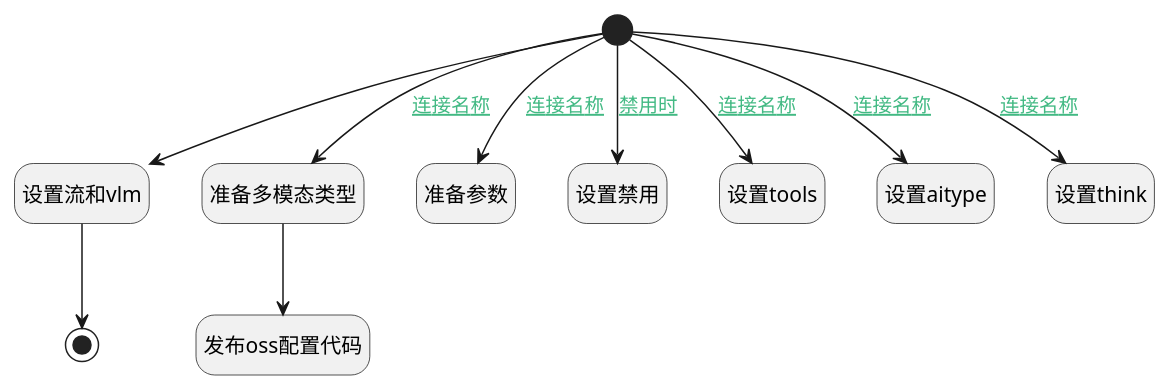
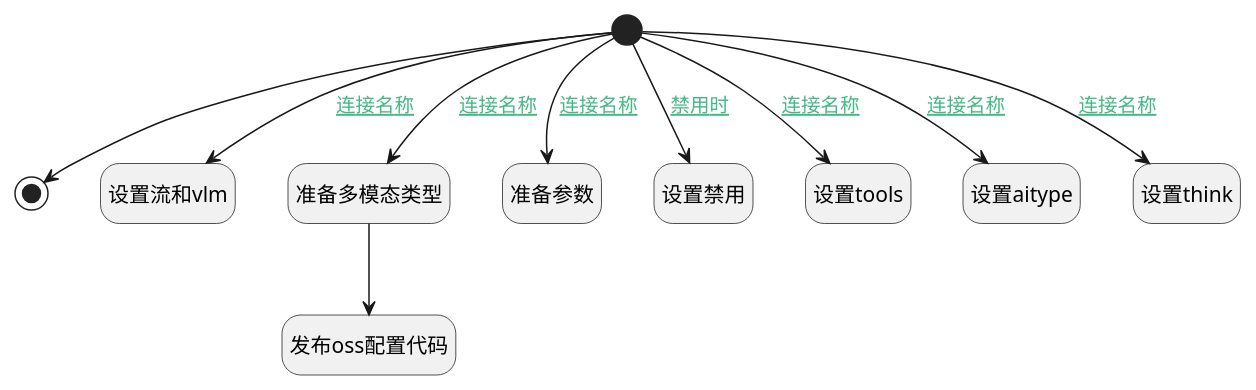
One commit to iBizLab/plm changed the diagram in doc/docsify/module/ai/ai_model/logic/get_cloud_config.md. Above: the diagram before and after it, drawn with PlantUML. The commit also changed other lines of this file and 818 other files, not shown here.

````diff
--- a/doc/docsify/module/ai/ai_model/logic/get_cloud_config.md
+++ b/doc/docsify/module/ai/ai_model/logic/get_cloud_config.md
@@ -7,35 +7,35 @@
 ```plantuml
 @startuml
 hide empty description
 <style>
 root {
   HyperlinkColor #42b983
 }
 </style>
 
 hide empty description
 state "开始" as Begin <<start>> [[$./get_cloud_config#begin {"开始"}]]
+state "结束" as END_01 <<end>> [[$./get_cloud_config#end_01 {"结束"}]]
 state "设置流和vlm" as PREPAREPARAM_02  [[$./get_cloud_config#prepareparam_02 {"设置流和vlm"}]]
-state "结束" as END_01 <<end>> [[$./get_cloud_config#end_01 {"结束"}]]
 state "准备多模态类型" as PREPAREPARAM_07  [[$./get_cloud_config#prepareparam_07 {"准备多模态类型"}]]
 state "发布oss配置代码" as RAWSFCODE_01  [[$./get_cloud_config#rawsfcode_01 {"发布oss配置代码"}]]
 state "准备参数" as PREPAREPARAM_06  [[$./get_cloud_config#prepareparam_06 {"准备参数"}]]
 state "设置禁用" as PREPAREPARAM_01  [[$./get_cloud_config#prepareparam_01 {"设置禁用"}]]
 state "设置tools" as PREPAREPARAM_04  [[$./get_cloud_config#prepareparam_04 {"设置tools"}]]
 state "设置aitype" as PREPAREPARAM_05  [[$./get_cloud_config#prepareparam_05 {"设置aitype"}]]
 state "设置think" as PREPAREPARAM_03  [[$./get_cloud_config#prepareparam_03 {"设置think"}]]
 
 
 Begin --> PREPAREPARAM_03 : [[$./get_cloud_config#begin-prepareparam_03{连接名称} 连接名称]]
 Begin --> PREPAREPARAM_04 : [[$./get_cloud_config#begin-prepareparam_04{连接名称} 连接名称]]
 Begin --> PREPAREPARAM_05 : [[$./get_cloud_config#begin-prepareparam_05{连接名称} 连接名称]]
 Begin --> PREPAREPARAM_06 : [[$./get_cloud_config#begin-prepareparam_06{连接名称} 连接名称]]
 Begin --> PREPAREPARAM_07 : [[$./get_cloud_config#begin-prepareparam_07{连接名称} 连接名称]]
 PREPAREPARAM_07 --> RAWSFCODE_01
 Begin --> PREPAREPARAM_01 : [[$./get_cloud_config#begin-prepareparam_01{禁用时} 禁用时]]
-Begin --> PREPAREPARAM_02
-PREPAREPARAM_02 --> END_01
+Begin --> PREPAREPARAM_02 : [[$./get_cloud_config#begin-prepareparam_02{连接名称} 连接名称]]
+Begin --> END_01
 
 
 @enduml
 ```
````
